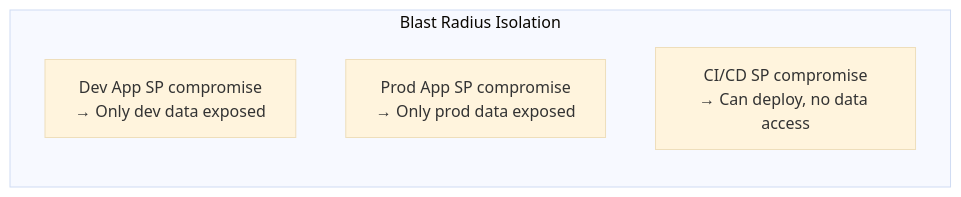
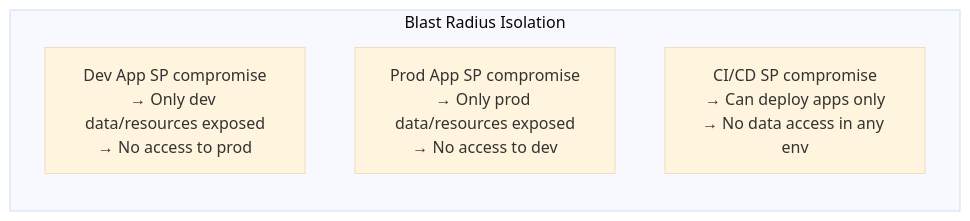
The second of 2 diagrams in docs/QUICK_REFERENCE.md (TaylorAHanson/ssc), drawn with Mermaid (base theme) before and after one commit. The commit also changed other lines of this file, not shown here.

Commit message:
Update SP docs: environment-specific resources, no sharing except UC system tables

````diff
--- a/docs/QUICK_REFERENCE.md
+++ b/docs/QUICK_REFERENCE.md
@@ -114,9 +134,9 @@
 ```mermaid
 flowchart LR
     subgraph Blast["Blast Radius Isolation"]
         direction TB
-        B1["Dev App SP compromise\n→ Only dev data exposed"]
-        B2["Prod App SP compromise\n→ Only prod data exposed"]  
-        B3["CI/CD SP compromise\n→ Can deploy, no data access"]
+        B1["Dev App SP compromise\n→ Only dev data/resources exposed\n→ No access to prod"]
+        B2["Prod App SP compromise\n→ Only prod data/resources exposed\n→ No access to dev"]  
+        B3["CI/CD SP compromise\n→ Can deploy apps only\n→ No data access in any env"]
     end
 ```
````
